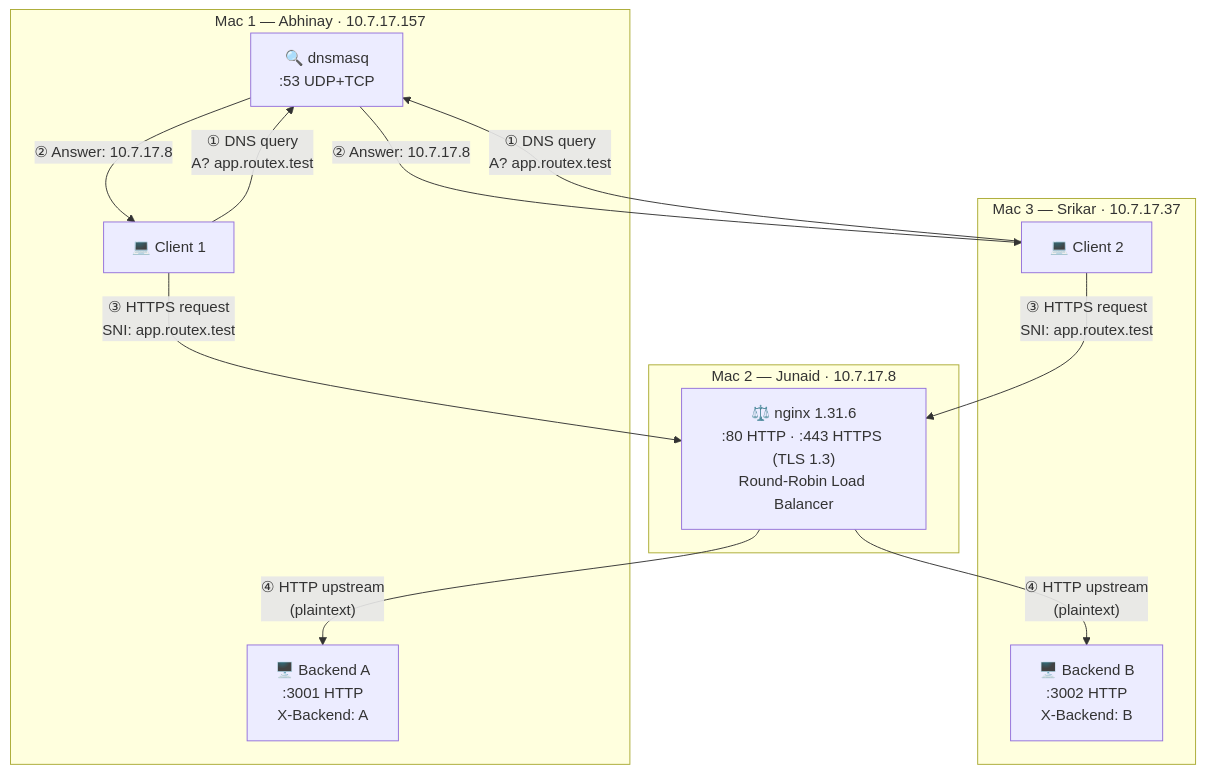
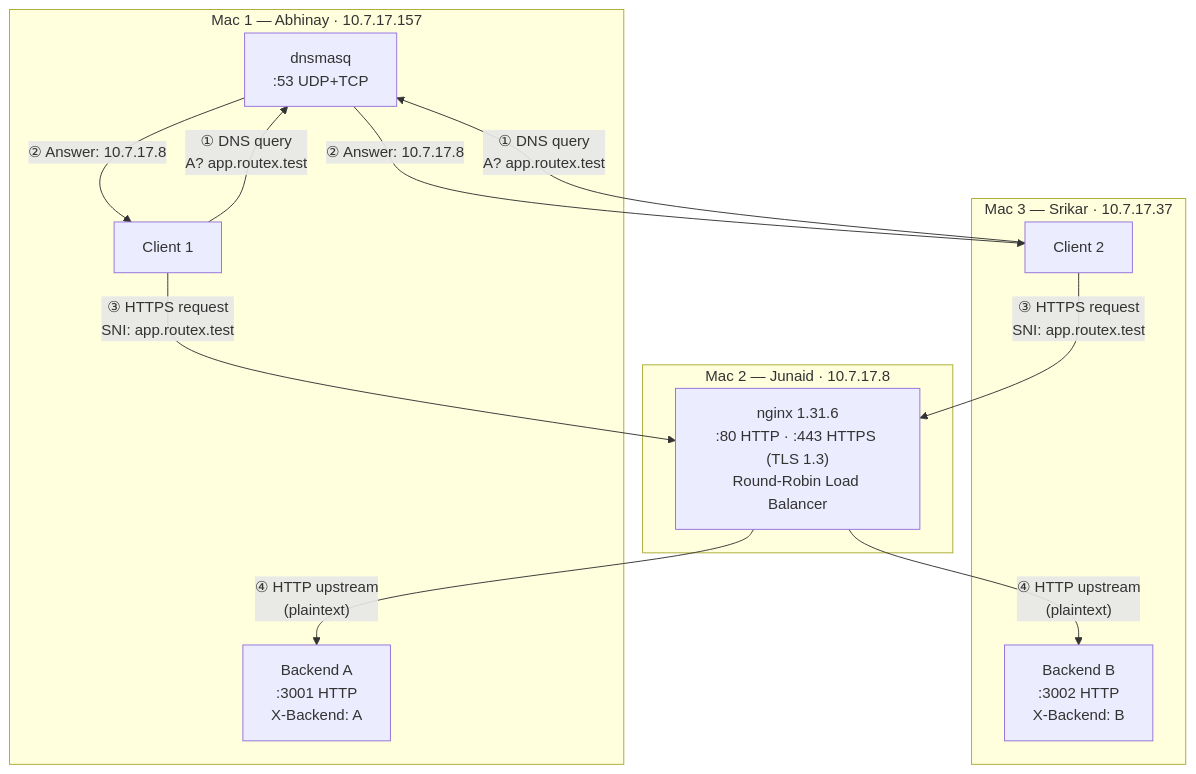
The first of 2 diagrams in docs/TOPOLOGY.md (Smanikanta21/CN-PROJECT), drawn with Mermaid before and after one commit. The commit also changed 3 other files, not shown here.

Commit message:
refactor: removed every hexcode from markdown documentation and diagrams

````diff
--- a/docs/TOPOLOGY.md
+++ b/docs/TOPOLOGY.md
@@ -17,26 +17,26 @@
 ```mermaid
 graph TD
     subgraph Mac1["Mac 1 — Abhinay · 10.7.17.157"]
-        DNS["🔍 dnsmasq\n:53 UDP+TCP"]
-        BA["🖥️ Backend A\n:3001 HTTP\nX-Backend: A"]
-        C1["💻 Client 1"]
+        DNS[" dnsmasq\n:53 UDP+TCP"]
+        BA[" Backend A\n:3001 HTTP\nX-Backend: A"]
+        C1[" Client 1"]
     end
 
     subgraph Mac2["Mac 2 — Junaid · 10.7.17.8"]
-        EDGE["⚖️ nginx 1.31.6\n:80 HTTP · :443 HTTPS (TLS 1.3)\nRound-Robin Load Balancer"]
+        EDGE[" nginx 1.31.6\n:80 HTTP · :443 HTTPS (TLS 1.3)\nRound-Robin Load Balancer"]
     end
 
     subgraph Mac3["Mac 3 — Srikar · 10.7.17.37"]
-        BB["🖥️ Backend B\n:3002 HTTP\nX-Backend: B"]
-        C2["💻 Client 2"]
+        BB[" Backend B\n:3002 HTTP\nX-Backend: B"]
+        C2[" Client 2"]
     end
 
     C1 -->|"① DNS query\nA? app.routex.test"| DNS
     C2 -->|"① DNS query\nA? app.routex.test"| DNS
     DNS -->|"② Answer: 10.7.17.8"| C1
     DNS -->|"② Answer: 10.7.17.8"| C2
     C1 -->|"③ HTTPS request\nSNI: app.routex.test"| EDGE
     C2 -->|"③ HTTPS request\nSNI: app.routex.test"| EDGE
     EDGE -->|"④ HTTP upstream\n(plaintext)"| BA
     EDGE -->|"④ HTTP upstream\n(plaintext)"| BB
 ```
````
